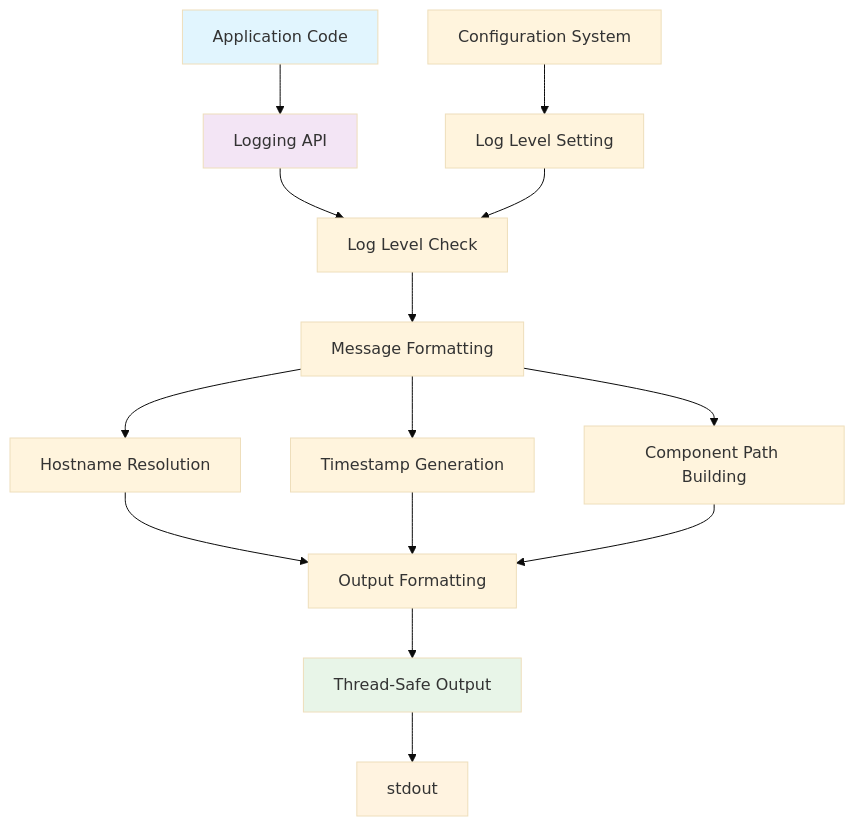
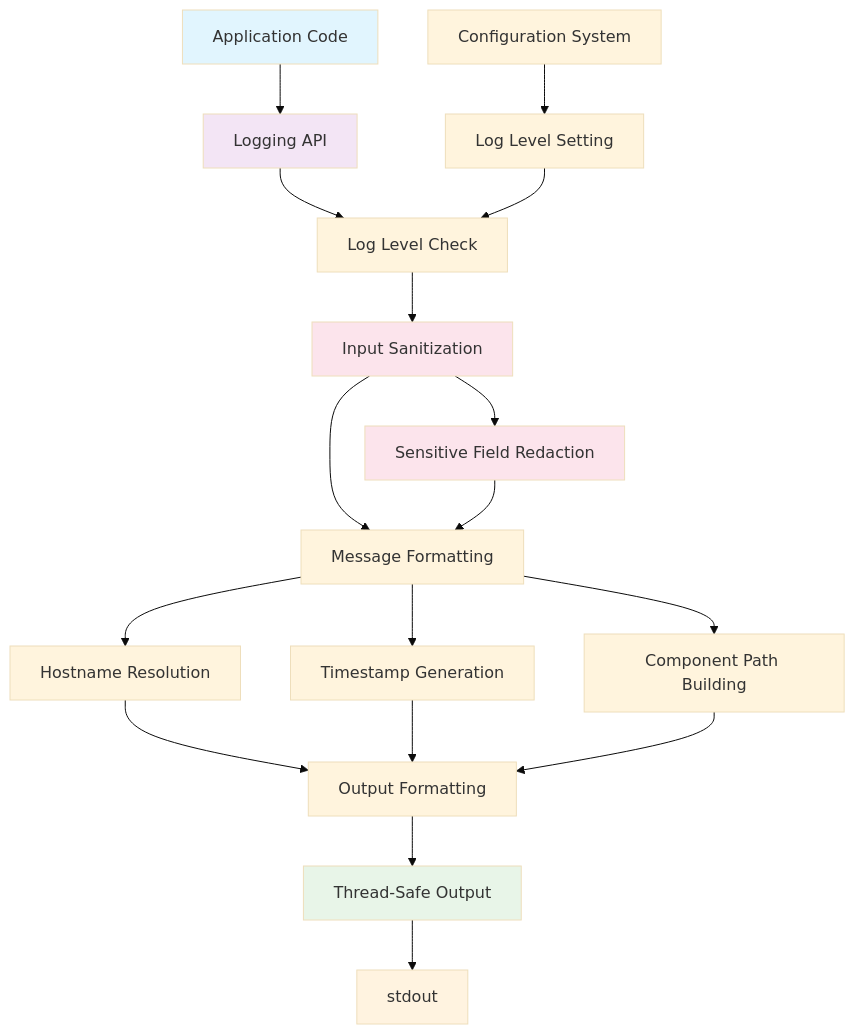
One commit to kkrzysztofik/Anyka_ak3918_hacking_journey changed the diagram in .spec-workflow/specs/logging-unification/design.md. Above: the diagram before and after it, drawn with Mermaid (base theme). The commit also changed other lines of this file and 2 other files, not shown here.

````diff
--- a/.spec-workflow/specs/logging-unification/design.md
+++ b/.spec-workflow/specs/logging-unification/design.md
@@ -69,22 +70,27 @@
 ```mermaid
 graph TD
     A[Application Code] --> B[Logging API]
     B --> C[Log Level Check]
-    C --> D[Message Formatting]
+    C --> S[Input Sanitization]
+    S --> D[Message Formatting]
     D --> E[Hostname Resolution]
     D --> F[Timestamp Generation]
     D --> G[Component Path Building]
+    S --> T[Sensitive Field Redaction]
+    T --> D
     E --> H[Output Formatting]
     F --> H
     G --> H
     H --> I[Thread-Safe Output]
     I --> J[stdout]
 
     K[Configuration System] --> L[Log Level Setting]
     L --> C
 
     style A fill:#e1f5fe
     style B fill:#f3e5f5
+    style S fill:#fce4ec
+    style T fill:#fce4ec
     style I fill:#e8f5e8
     style J fill:#fff3e0
 ```
````
